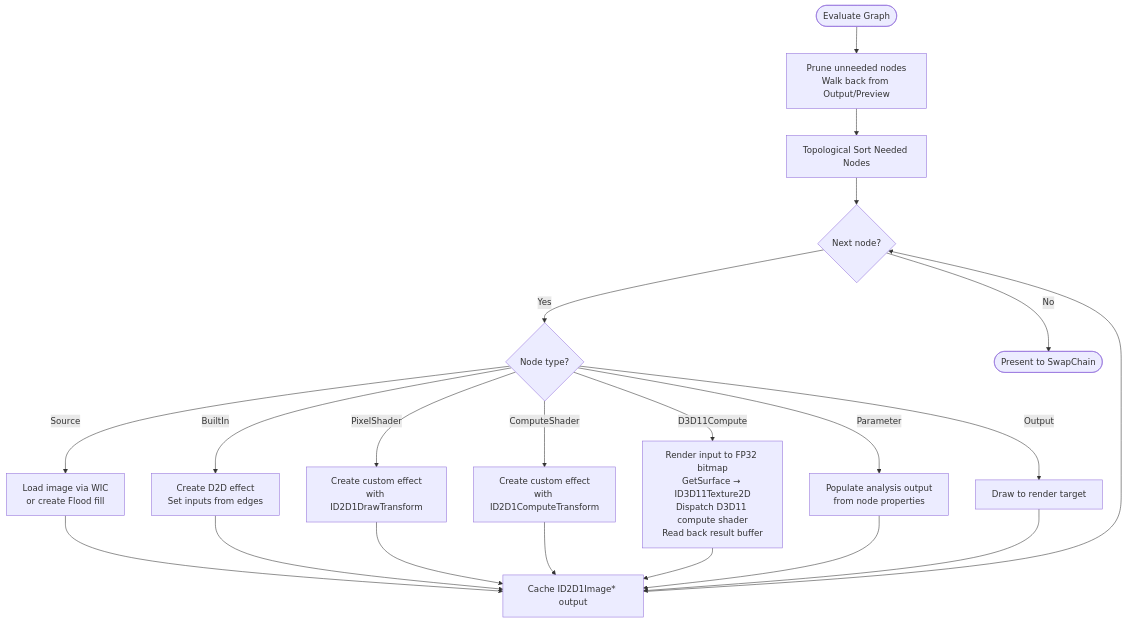
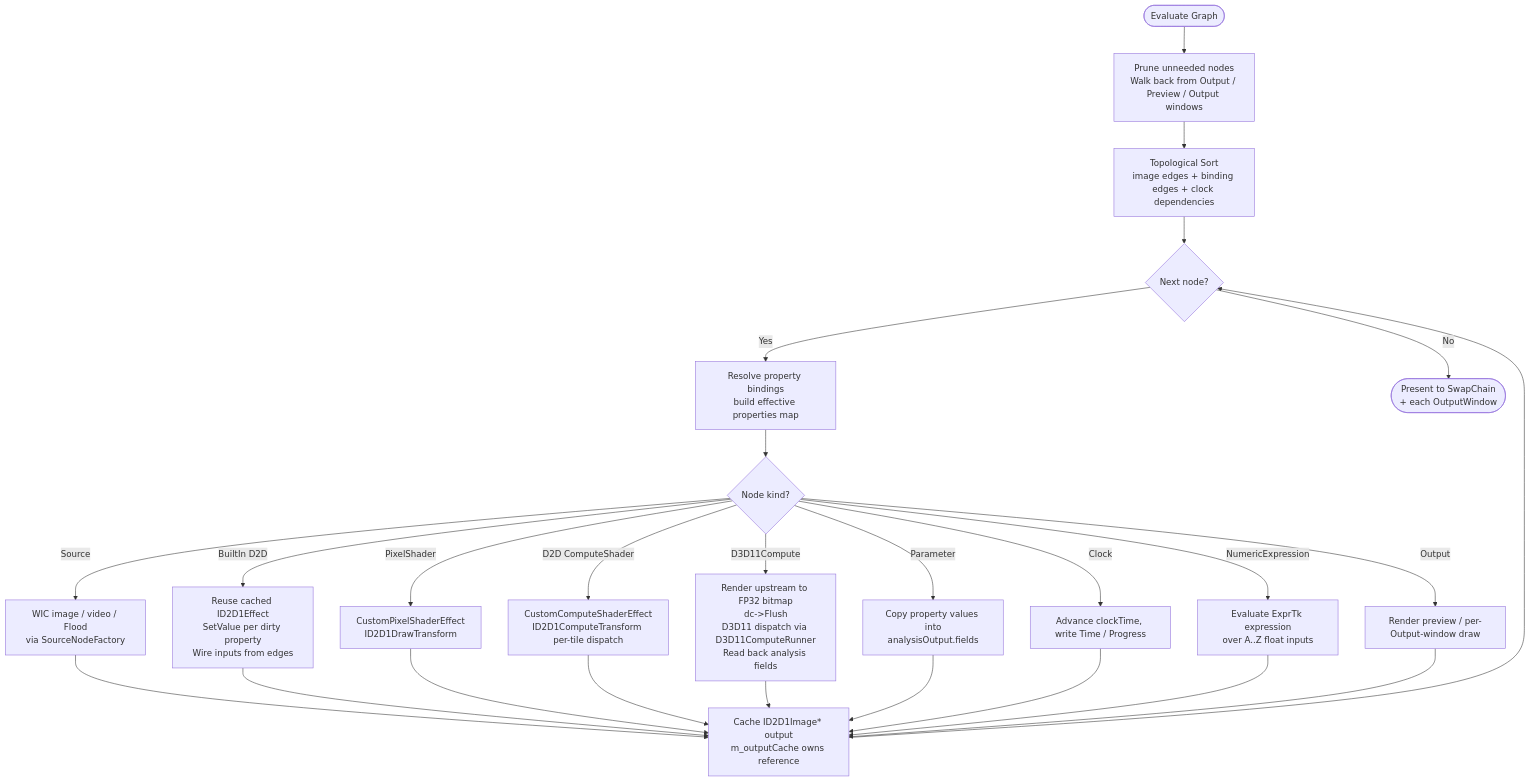
Before and after one commit to Spruill-1/ShaderLab: the sixth of 9 diagrams in README.md, drawn with Mermaid. The commit also changed other lines of this file and 13 other files, not shown here.

````diff
--- a/README.md
+++ b/README.md
@@ -285,23 +282,28 @@
 ```mermaid
 flowchart TD
-    START([Evaluate Graph]) --> PRUNE[Prune unneeded nodes<br/>Walk back from Output/Preview]
-    PRUNE --> TOPO[Topological Sort Needed Nodes]
+    START([Evaluate Graph]) --> PRUNE[Prune unneeded nodes<br/>Walk back from Output / Preview / Output windows]
+    PRUNE --> TOPO[Topological Sort<br/>image edges + binding edges + clock dependencies]
     TOPO --> LOOP{Next node?}
-    LOOP -->|Yes| CHECK{Node type?}
-    CHECK -->|Source| LOAD[Load image via WIC<br/>or create Flood fill]
-    CHECK -->|BuiltIn| D2D[Create D2D effect<br/>Set inputs from edges]
-    CHECK -->|PixelShader| PS[Create custom effect<br/>with ID2D1DrawTransform]
-    CHECK -->|ComputeShader| CS[Create custom effect<br/>with ID2D1ComputeTransform]
-    CHECK -->|D3D11Compute| D3D11[Render input to FP32 bitmap<br/>GetSurface → ID3D11Texture2D<br/>Dispatch D3D11 compute shader<br/>Read back result buffer]
-    CHECK -->|Parameter| PARAM[Populate analysis output<br/>from node properties]
-    CHECK -->|Output| OUT[Draw to render target]
-    LOAD --> CACHE[Cache ID2D1Image* output]
+    LOOP -->|Yes| RESOLVE[Resolve property bindings<br/>build effective properties map]
+    RESOLVE --> CHECK{Node kind?}
+    CHECK -->|Source| LOAD[WIC image / video / Flood<br/>via SourceNodeFactory]
+    CHECK -->|BuiltIn D2D| D2D[Reuse cached ID2D1Effect<br/>SetValue per dirty property<br/>Wire inputs from edges]
+    CHECK -->|PixelShader| PS[CustomPixelShaderEffect<br/>ID2D1DrawTransform]
+    CHECK -->|D2D ComputeShader| CS[CustomComputeShaderEffect<br/>ID2D1ComputeTransform per-tile dispatch]
+    CHECK -->|D3D11Compute| D3D11[Render upstream to FP32 bitmap<br/>dc->Flush<br/>D3D11 dispatch via D3D11ComputeRunner<br/>Read back analysis fields]
+    CHECK -->|Parameter| PARAM[Copy property values into<br/>analysisOutput.fields]
+    CHECK -->|Clock| CLK[Advance clockTime, write Time / Progress]
+    CHECK -->|NumericExpression| EXPR[Evaluate ExprTk expression<br/>over A..Z float inputs]
+    CHECK -->|Output| OUT[Render preview / per-Output-window draw]
+    LOAD --> CACHE[Cache ID2D1Image* output<br/>m_outputCache owns reference]
     D2D --> CACHE
     PS --> CACHE
     CS --> CACHE
     D3D11 --> CACHE
     PARAM --> CACHE
+    CLK --> CACHE
+    EXPR --> CACHE
     OUT --> CACHE
     CACHE --> LOOP
-    LOOP -->|No| PRESENT([Present to SwapChain])
+    LOOP -->|No| PRESENT([Present to SwapChain<br/>+ each OutputWindow])
 ```
````
